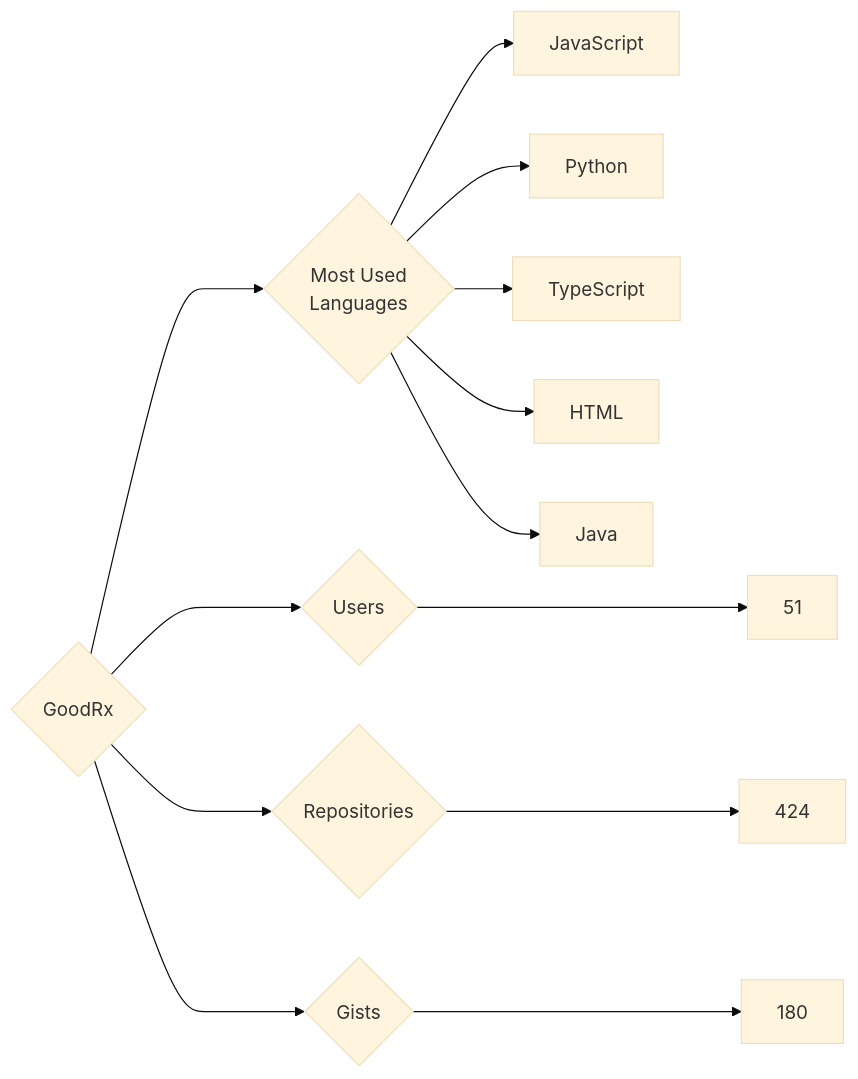
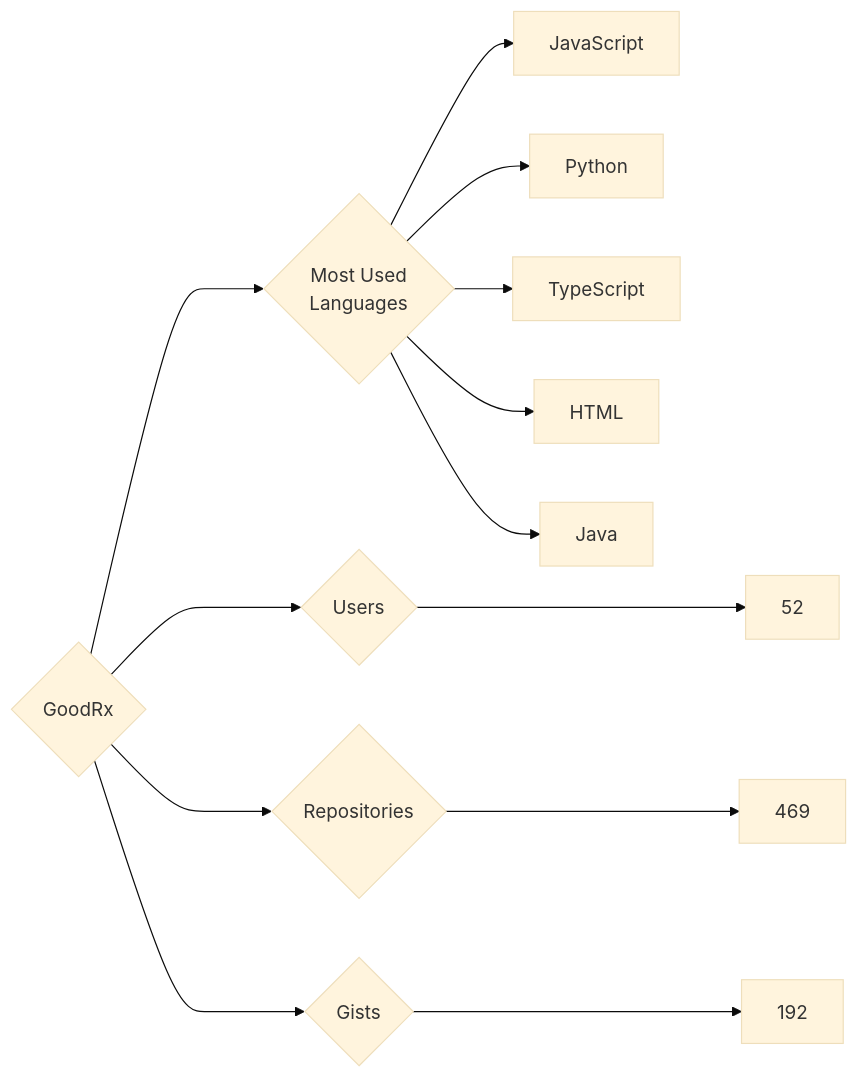
The diagram in targets/GoodRx/README.md (trickest/insiders), drawn with Mermaid (base theme) before and after one commit. The commit also changed 809 other files, not shown here.

````diff
--- a/targets/GoodRx/README.md
+++ b/targets/GoodRx/README.md
@@ -3,13 +3,13 @@
 ```mermaid
 graph LR
 COMPANY_NAME{GoodRx}
-COMPANY_NAME ---> U{Users} ---> UN[51]
-COMPANY_NAME ---> R{Repositories} ---> RN[424]
-COMPANY_NAME ---> G{Gists} ---> GN[180]
+COMPANY_NAME ---> U{Users} ---> UN[52]
+COMPANY_NAME ---> R{Repositories} ---> RN[469]
+COMPANY_NAME ---> G{Gists} ---> GN[192]
 COMPANY_NAME ---> ML{Most Used<br>Languages}
 ML --> JavaScript[JavaScript]
 ML --> Python[Python]
 ML --> TypeScript[TypeScript]
 ML --> HTML[HTML]
 ML --> Java[Java]
 ```
````
